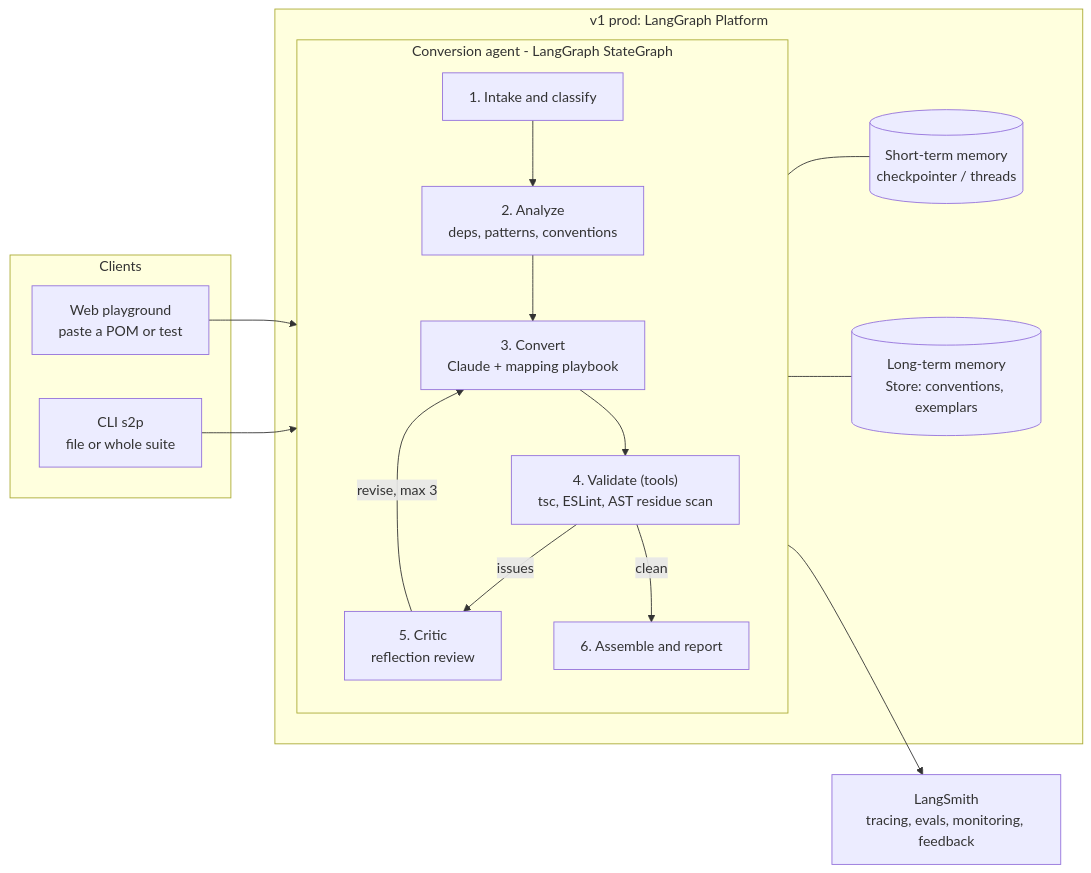
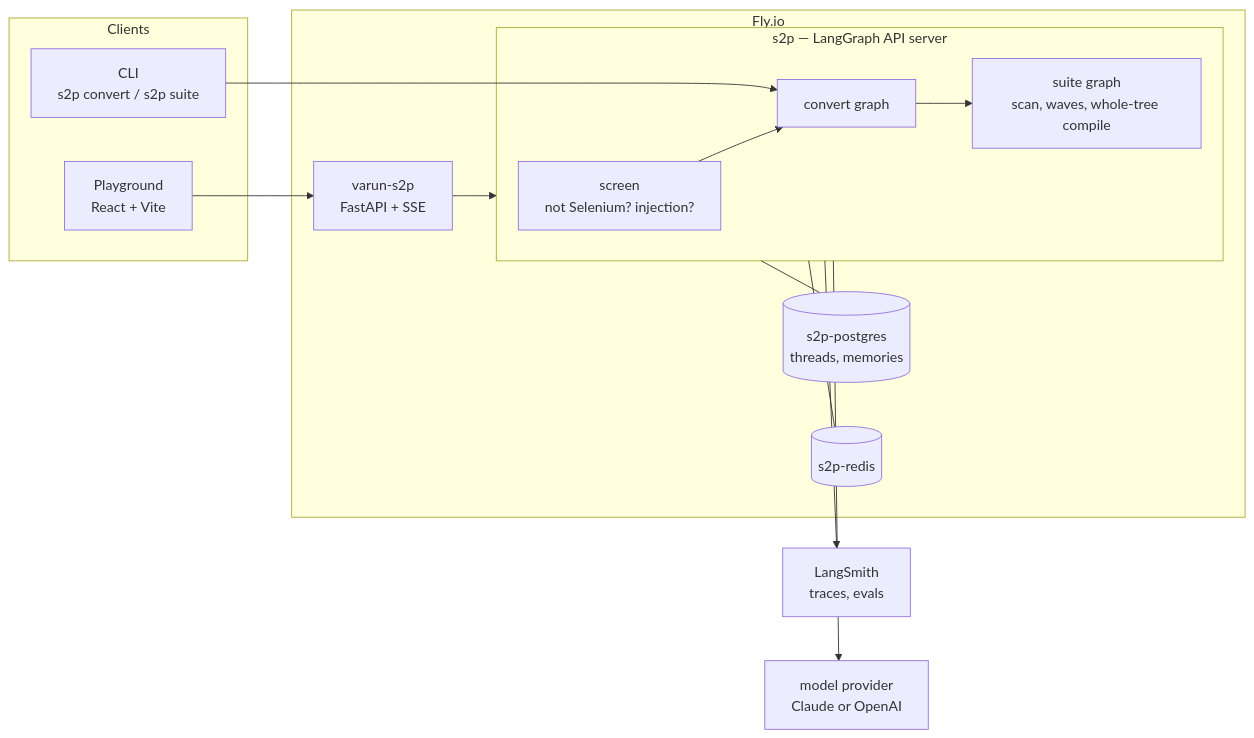
One commit to varunbhatt2193/selenium2playwright changed the diagram in plan.md. Above: the diagram before and after it, drawn with Mermaid. The commit also changed other lines of this file and 5 other files, not shown here.

````diff
--- a/plan.md
+++ b/plan.md
@@ -40,24 +54,22 @@
 ```mermaid
 flowchart LR
     subgraph CL["Clients"]
-        W["Web playground<br/>paste a POM or test"]
-        C["CLI s2p<br/>file or whole suite"]
+        W["Playground<br/>React + Vite"]
+        C["CLI<br/>s2p convert / s2p suite"]
     end
-    subgraph P["v1 prod: LangGraph Platform"]
-        subgraph G["Conversion agent - LangGraph StateGraph"]
-            A["1. Intake and classify"] --> B["2. Analyze<br/>deps, patterns, conventions"]
-            B --> D["3. Convert<br/>Claude + mapping playbook"]
-            D --> V["4. Validate (tools)<br/>tsc, ESLint, AST residue scan"]
-            V -- "issues" --> R["5. Critic<br/>reflection review"]
-            R -- "revise, max 3" --> D
-            V -- "clean" --> O["6. Assemble and report"]
+    subgraph FLY["Fly.io"]
+        UI["varun-s2p<br/>FastAPI + SSE"]
+        subgraph API["s2p — LangGraph API server"]
+            SC["screen<br/>not Selenium? injection?"] --> G["convert graph"]
+            G --> SU["suite graph<br/>scan, waves, whole-tree compile"]
         end
-        STM[("Short-term memory<br/>checkpointer / threads")]
-        LTM[("Long-term memory<br/>Store: conventions, exemplars")]
-        G --- STM
-        G --- LTM
+        PG[("s2p-postgres<br/>threads, memories")]
+        RD[("s2p-redis")]
     end
-    W --> G
+    W --> UI --> API
     C --> G
-    G --> LS["LangSmith<br/>tracing, evals, monitoring, feedback"]
+    API --- PG
+    API --- RD
+    API --> LS["LangSmith<br/>traces, evals"]
+    API --> M["model provider<br/>Claude or OpenAI"]
 ```
````
